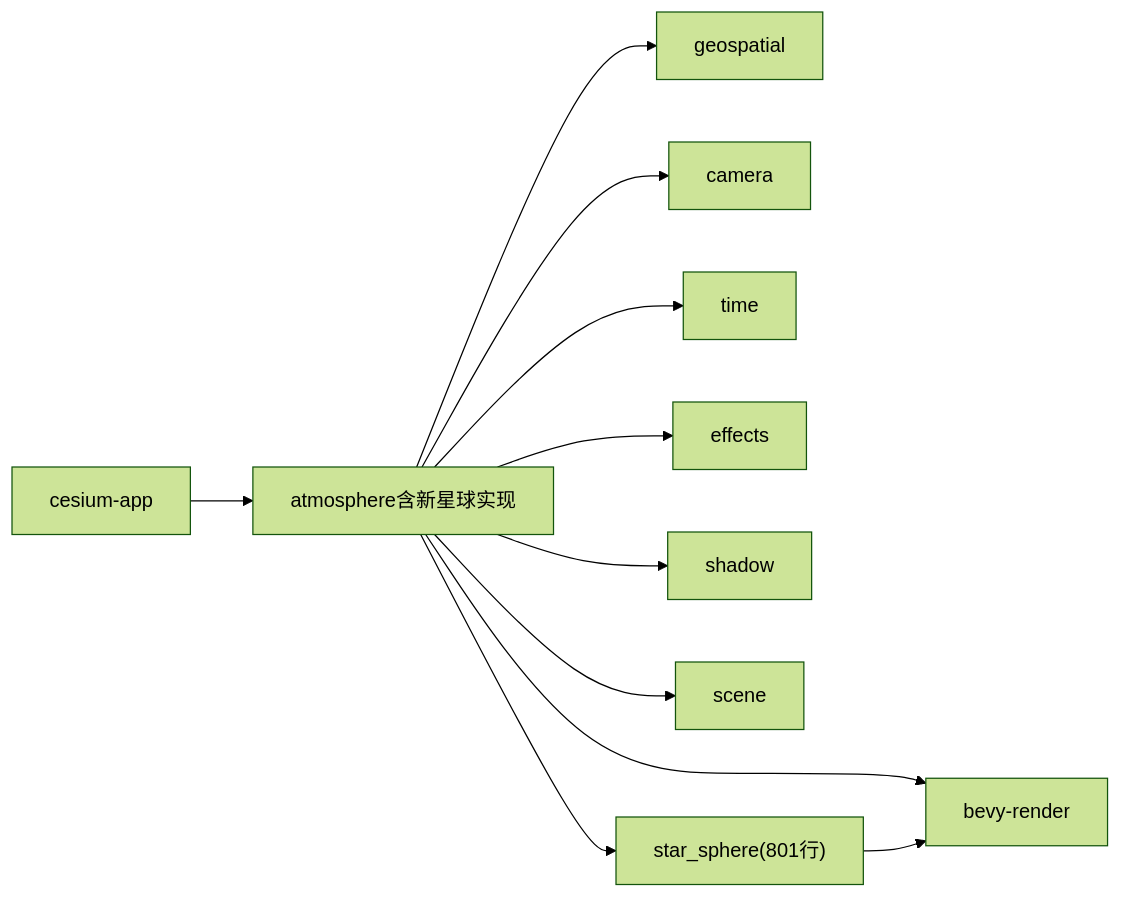
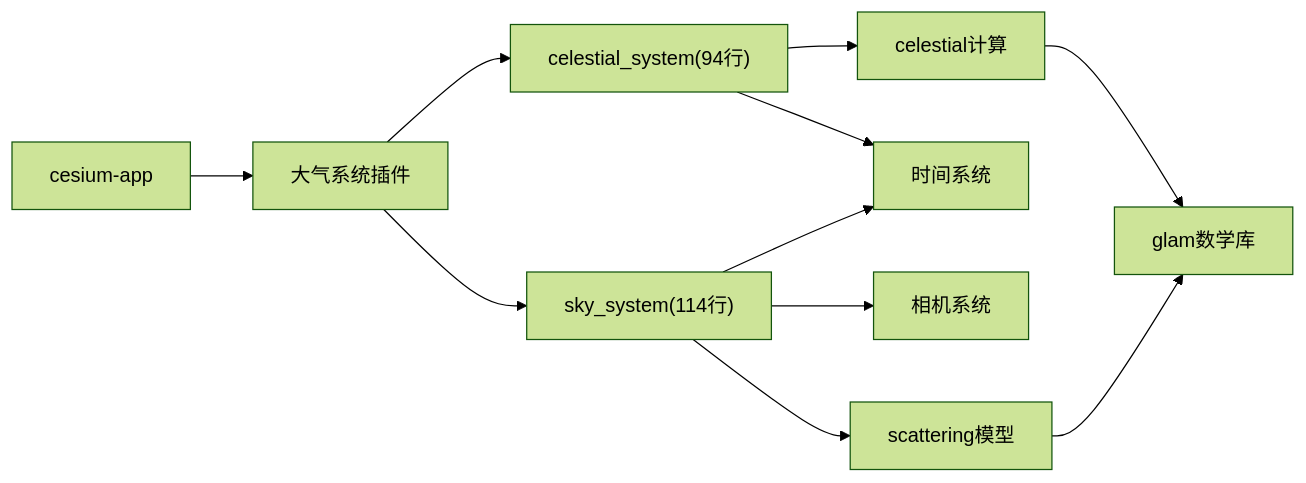
The sixth of 6 diagrams in .qoder/repowiki/zh/content/项目概述/核心特性/大气系统.md (rzhangjing/cesium), drawn with Mermaid (forest theme) before and after one commit. The commit also changed other lines of this file and 57 other files, not shown here.

````diff
--- a/.qoder/repowiki/zh/content/项目概述/核心特性/大气系统.md
+++ b/.qoder/repowiki/zh/content/项目概述/核心特性/大气系统.md
@@ -296,13 +268,13 @@
 ```mermaid
 graph LR
-App["cesium-app"] --> Atmo["atmosphere含新星球实现"]
-Atmo --> Geo["geospatial"]
-Atmo --> Cam["camera"]
-Atmo --> Tm["time"]
-Atmo --> Eff["effects"]
-Atmo --> Shd["shadow"]
-Atmo --> Scn["scene"]
-Atmo --> Brv["bevy-render"]
-Atmo --> StarSphere["star_sphere(801行)"]
-StarSphere --> Brv
+App["cesium-app"] --> AtmoPlugin["大气系统插件"]
+AtmoPlugin --> SkySys["sky_system(114行)"]
+AtmoPlugin --> CelestialSys["celestial_system(94行)"]
+SkySys --> Scattering["scattering模型"]
+SkySys --> Time["时间系统"]
+SkySys --> Camera["相机系统"]
+CelestialSys --> Celestial["celestial计算"]
+CelestialSys --> Time
+Scattering --> Math["glam数学库"]
+Celestial --> Math
 ```
````
